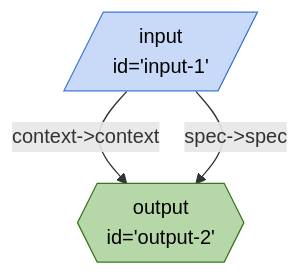
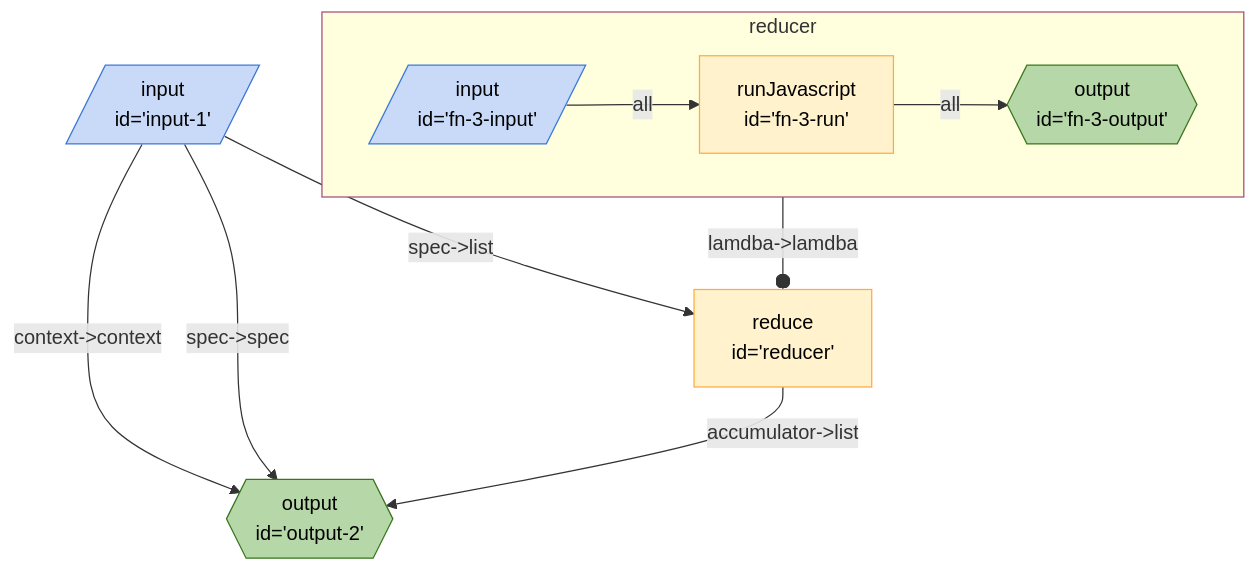
Before and after one commit to breadboard-ai/breadboard: the diagram in packages/breadboard-web/docs/graphs/agent-chain.md, drawn with Mermaid. The commit also changed 5 other files, not shown here.

````diff
--- a/packages/breadboard-web/docs/graphs/agent-chain.md
+++ b/packages/breadboard-web/docs/graphs/agent-chain.md
@@ -3,14 +3,22 @@
 ```mermaid
 %%{init: 'themeVariables': { 'fontFamily': 'Fira Code, monospace' }}%%
 graph TD;
+input1[/"input <br> id='input-1'"/]:::input -- "spec->list" --> reducer["reduce <br> id='reducer'"]
 input1[/"input <br> id='input-1'"/]:::input -- "context->context" --> output2{{"output <br> id='output-2'"}}:::output
 input1[/"input <br> id='input-1'"/]:::input -- "spec->spec" --> output2{{"output <br> id='output-2'"}}:::output
+reducer["reduce <br> id='reducer'"] -- "accumulator->list" --> output2{{"output <br> id='output-2'"}}:::output
+subgraph sg_reducer [reducer]
+reducer_fn3input[/"input <br> id='fn-3-input'"/]:::input -- all --> reducer_fn3run["runJavascript <br> id='fn-3-run'"]
+reducer_fn3run["runJavascript <br> id='fn-3-run'"] -- all --> reducer_fn3output{{"output <br> id='fn-3-output'"}}:::output
+end
+sg_reducer:::slotted -- "lamdba->lamdba" --o reducer
+
 classDef default stroke:#ffab40,fill:#fff2ccff,color:#000
 classDef input stroke:#3c78d8,fill:#c9daf8ff,color:#000
 classDef output stroke:#38761d,fill:#b6d7a8ff,color:#000
 classDef passthrough stroke:#a64d79,fill:#ead1dcff,color:#000
 classDef slot stroke:#a64d79,fill:#ead1dcff,color:#000
 classDef config stroke:#a64d79,fill:#ead1dcff,color:#000
 classDef secrets stroke:#db4437,fill:#f4cccc,color:#000
 classDef slotted stroke:#a64d79
 ```
````
